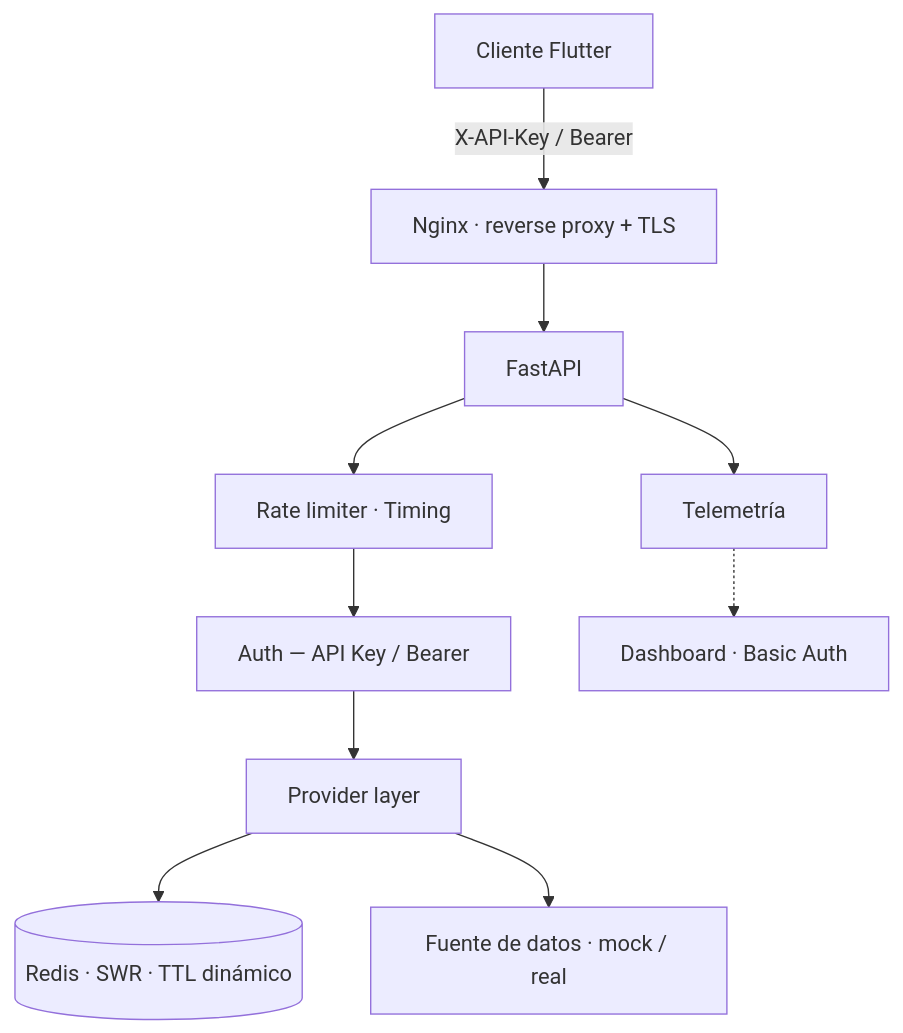
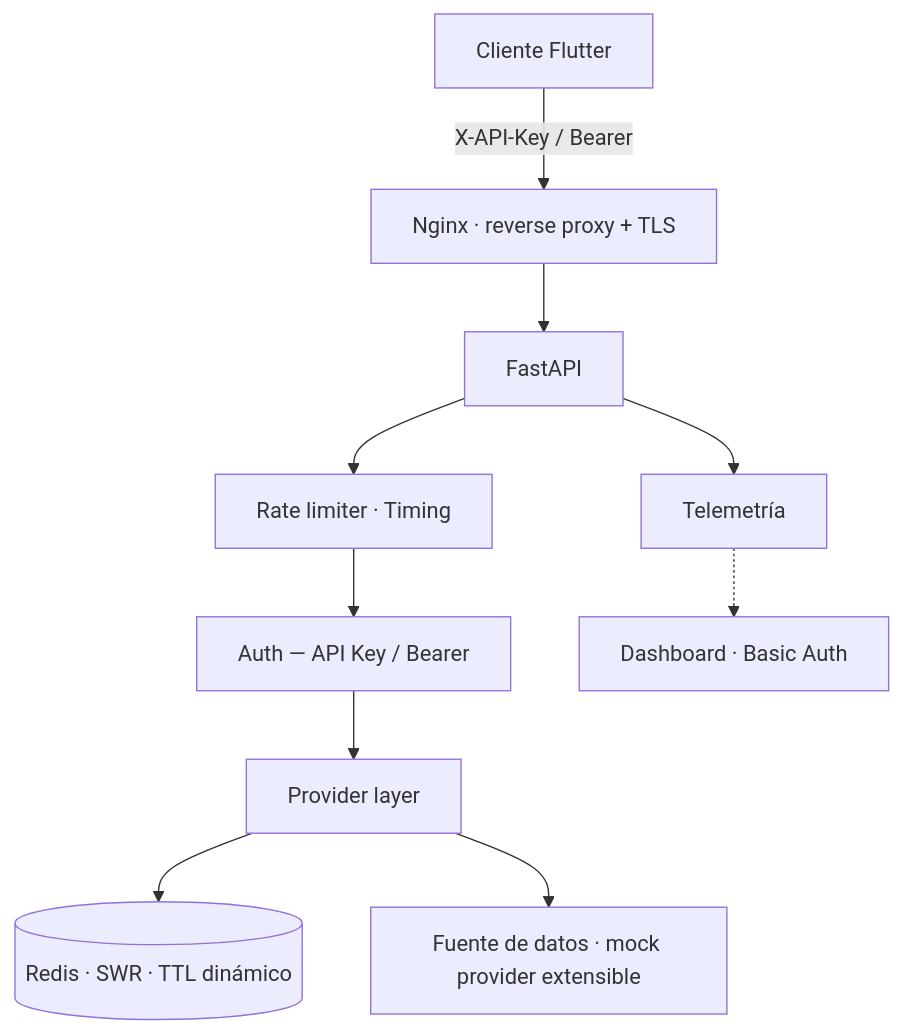
The diagram in README.md (JDevLogic/streamhub-demo), drawn with Mermaid before and after one commit. The commit also changed other lines of this file and 2 other files, not shown here.

First line of the commit message:
docs: mejorar README, alinear CONTRIBUTING con CI y añadir architecture.md

````diff
--- a/README.md
+++ b/README.md
@@ -92,12 +92,12 @@
 ```mermaid
 graph TD
     A["Cliente Flutter"] -->|"X-API-Key / Bearer"| B["Nginx · reverse proxy + TLS"]
     B --> C["FastAPI"]
     C --> D["Rate limiter · Timing"]
     D --> E["Auth — API Key / Bearer"]
     E --> F["Provider layer"]
     F --> G[("Redis · SWR · TTL dinámico")]
-    F --> H["Fuente de datos · mock / real"]
+    F --> H["Fuente de datos · mock provider extensible"]
     C --> I["Telemetría"]
     I -.-> J["Dashboard · Basic Auth"]
 ```
````
